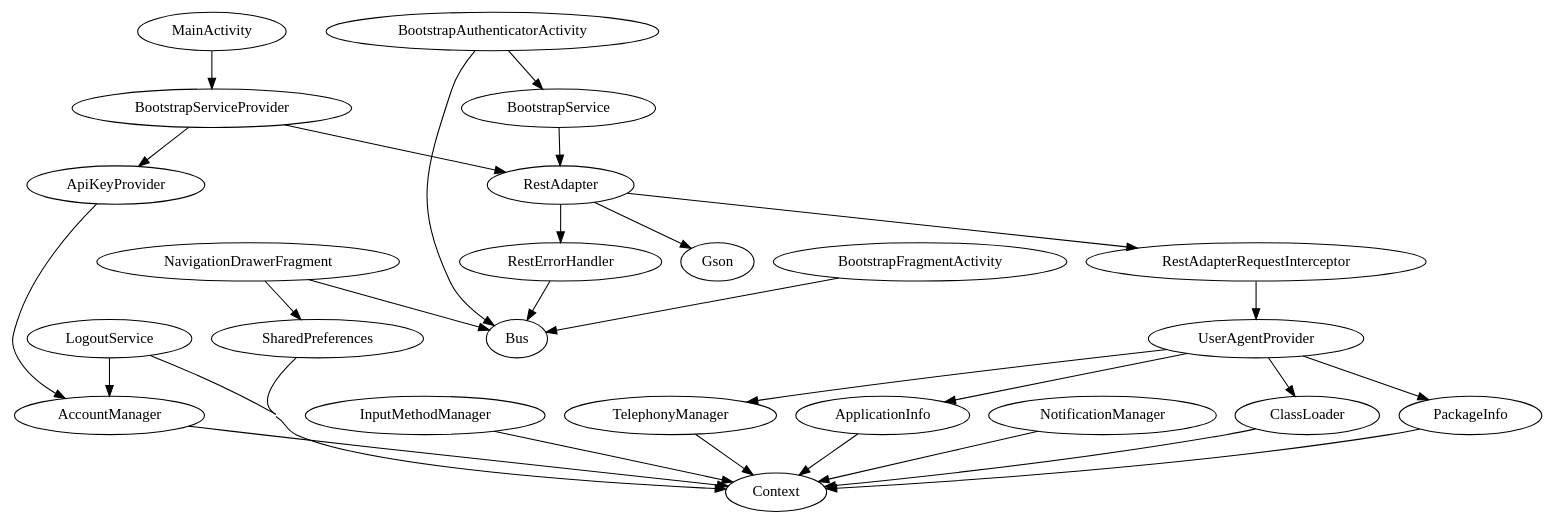
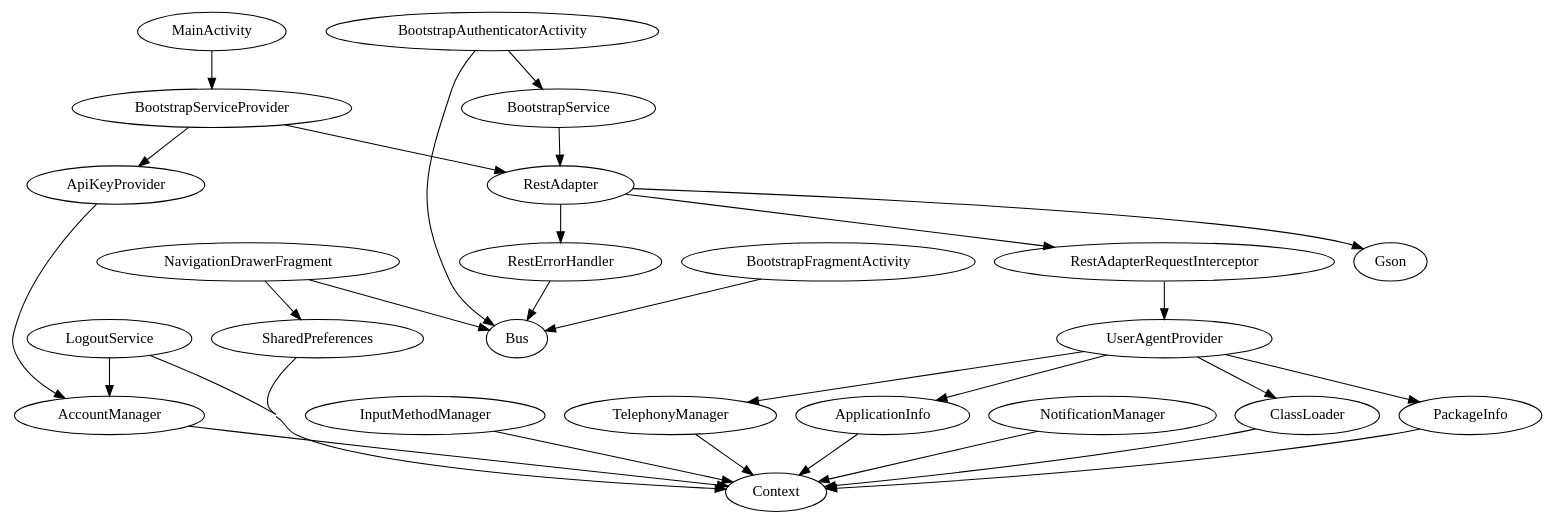
One commit to qbig/dashboard changed the diagram in app/build/intermediates/classes/debug/sg/com/bigspoon/www/BGDashboard/RootModule.dot. Above: the diagram before and after it, drawn with Graphviz. The commit also changed other lines of this file and 19 other files, not shown here.

```diff
--- a/app/build/intermediates/classes/debug/sg/com/bigspoon/www/BGDashboard/RootModule.dot
+++ b/app/build/intermediates/classes/debug/sg/com/bigspoon/www/BGDashboard/RootModule.dot
@@ -1,32 +1,32 @@
 digraph G1 {
   concentrate = true;
   AccountManager -> Context;
   ApiKeyProvider -> AccountManager;
   ApplicationInfo -> Context;
   BootstrapAuthenticatorActivity -> BootstrapService;
   BootstrapAuthenticatorActivity -> Bus;
   BootstrapFragmentActivity -> Bus;
   BootstrapService -> RestAdapter;
+  BootstrapServiceProvider -> ApiKeyProvider;
   BootstrapServiceProvider -> RestAdapter;
-  BootstrapServiceProvider -> ApiKeyProvider;
   ClassLoader -> Context;
   InputMethodManager -> Context;
+  LogoutService -> Context;
   LogoutService -> AccountManager;
-  LogoutService -> Context;
   MainActivity -> BootstrapServiceProvider;
   NavigationDrawerFragment -> Bus;
   NavigationDrawerFragment -> SharedPreferences;
   NotificationManager -> Context;
   PackageInfo -> Context;
+  RestAdapter -> Gson;
+  RestAdapter -> RestErrorHandler;
   RestAdapter -> RestAdapterRequestInterceptor;
-  RestAdapter -> RestErrorHandler;
-  RestAdapter -> Gson;
   RestAdapterRequestInterceptor -> UserAgentProvider;
   RestErrorHandler -> Bus;
   SharedPreferences -> Context;
   TelephonyManager -> Context;
-  UserAgentProvider -> ApplicationInfo;
-  UserAgentProvider -> TelephonyManager;
   UserAgentProvider -> ClassLoader;
   UserAgentProvider -> PackageInfo;
+  UserAgentProvider -> TelephonyManager;
+  UserAgentProvider -> ApplicationInfo;
 }
```
